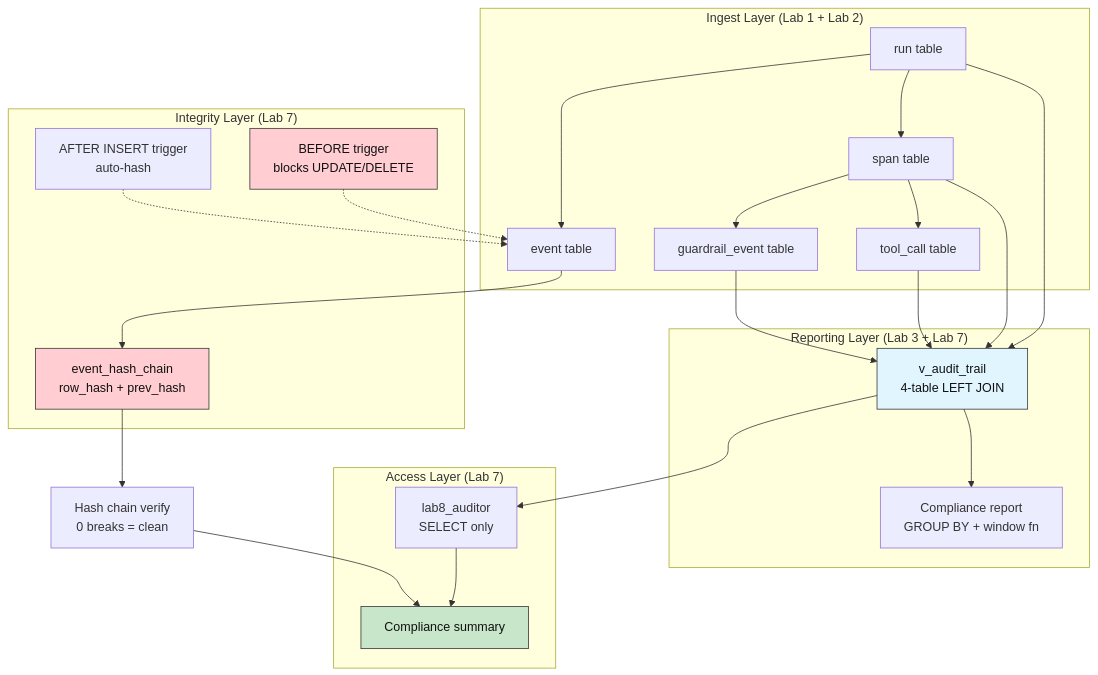
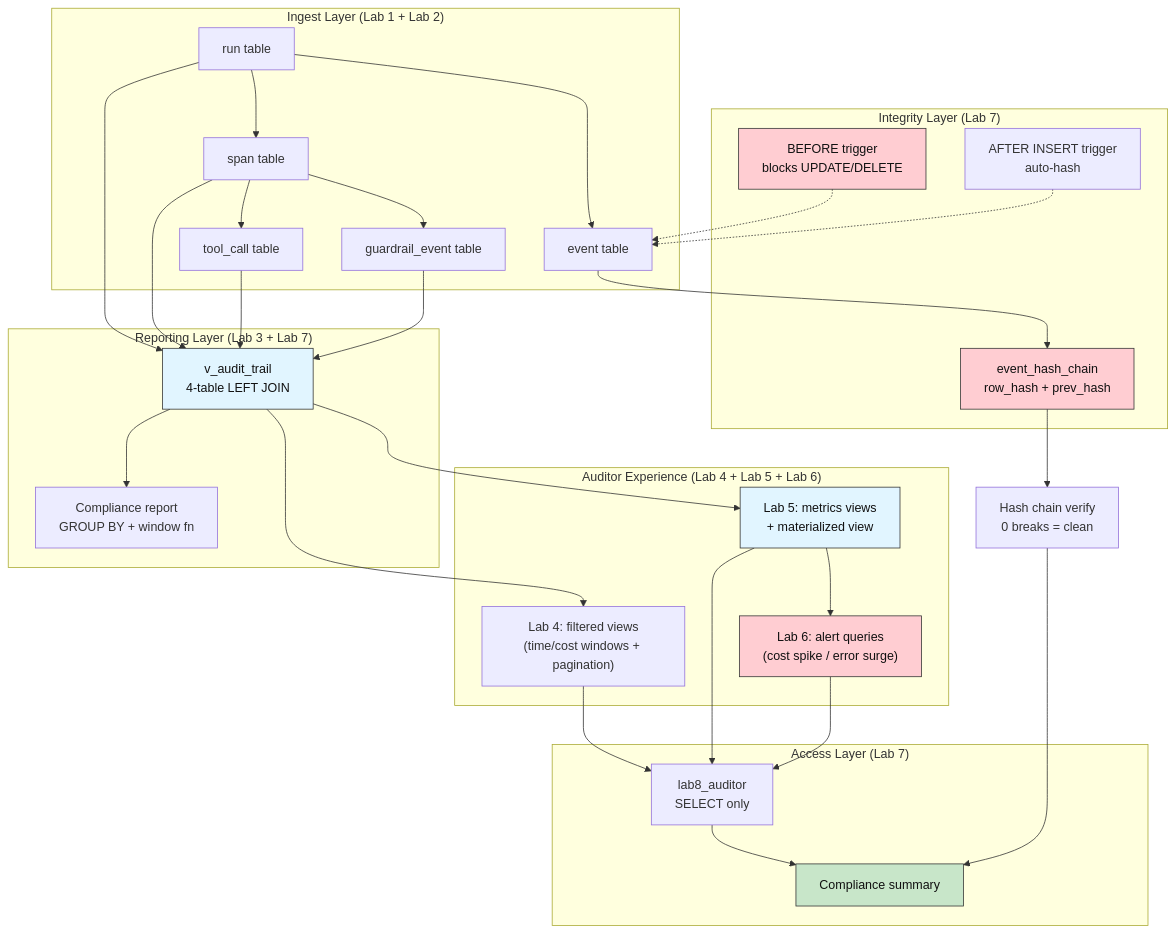
One commit to CogKnowEdge-Solutions/Context-Memory-Layer changed the third of 3 diagrams in Audit-DB-Labs/Lab 8 - Capstone Project - Agent Audit and Compliance Platform/lab-capstone-project.md. Above: the diagram before and after it, drawn with Mermaid. The commit also changed other lines of this file and 32 other files, not shown here.

````diff
--- a/Audit-DB-Labs/Lab 8 - Capstone Project - Agent Audit and Compliance Platform/lab-capstone-project.md
+++ b/Audit-DB-Labs/Lab 8 - Capstone Project - Agent Audit and Compliance Platform/lab-capstone-project.md
@@ -361,36 +384,46 @@
 ```mermaid
 flowchart TD
     subgraph "Ingest Layer (Lab 1 + Lab 2)"
         RUN["run table"] --> SPAN["span table"]
         SPAN --> TC["tool_call table"]
         SPAN --> GE["guardrail_event table"]
         RUN --> EV["event table"]
     end
 
     subgraph "Integrity Layer (Lab 7)"
         TRIGGER["BEFORE trigger\nblocks UPDATE/DELETE"] -.-> EV
         HASH_TRIGGER["AFTER INSERT trigger\nauto-hash"] -.-> EV
         EV --> EHC["event_hash_chain\nrow_hash + prev_hash"]
     end
 
     subgraph "Reporting Layer (Lab 3 + Lab 7)"
         RUN --> VIEW["v_audit_trail\n4-table LEFT JOIN"]
         SPAN --> VIEW
         TC --> VIEW
         GE --> VIEW
         VIEW --> REPORT["Compliance report\nGROUP BY + window fn"]
     end
 
+    subgraph "Auditor Experience (Lab 4 + Lab 5 + Lab 6)"
+        VIEW --> FVIEWS["Lab 4: filtered views\n(time/cost windows + pagination)"]
+        VIEW --> METRICS["Lab 5: metrics views\n+ materialized view"]
+        METRICS --> ALERTS["Lab 6: alert queries\n(cost spike / error surge)"]
+    end
+
     subgraph "Access Layer (Lab 7)"
-        VIEW --> AUDITOR["lab8_auditor\nSELECT only"]
+        FVIEWS --> AUDITOR["lab8_auditor\nSELECT only"]
+        METRICS --> AUDITOR
+        ALERTS --> AUDITOR
         AUDITOR --> SUMMARY["Compliance summary"]
     end
 
     EHC --> VERIFY["Hash chain verify\n0 breaks = clean"]
     VERIFY --> SUMMARY
 
     style TRIGGER fill:#ffcdd2,stroke:#333,color:#111
     style EHC fill:#ffcdd2,stroke:#333,color:#111
     style VIEW fill:#e1f5ff,stroke:#333,color:#111
+    style METRICS fill:#e1f5ff,stroke:#333,color:#111
+    style ALERTS fill:#ffcdd2,stroke:#333,color:#111
     style SUMMARY fill:#c8e6c9,stroke:#333,color:#111
 ```
````
